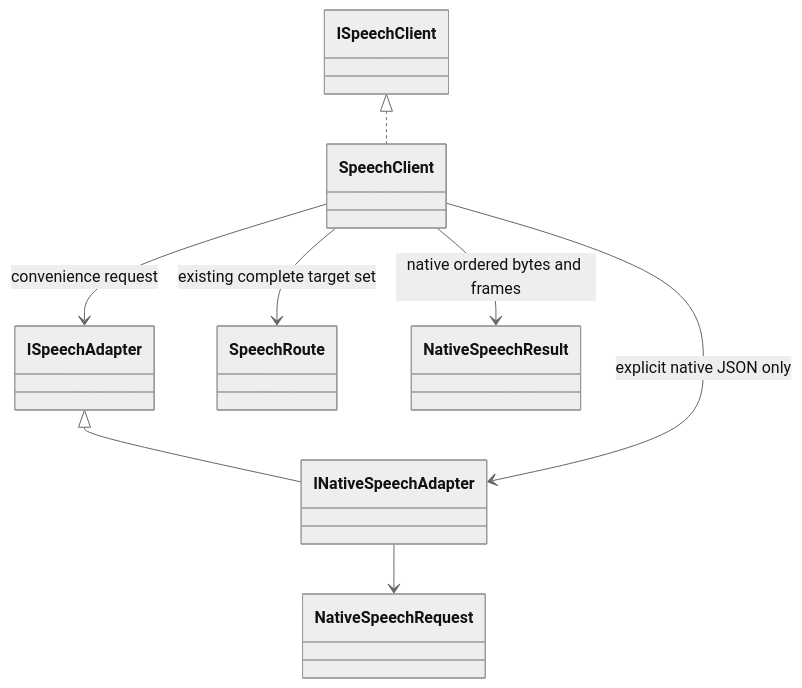
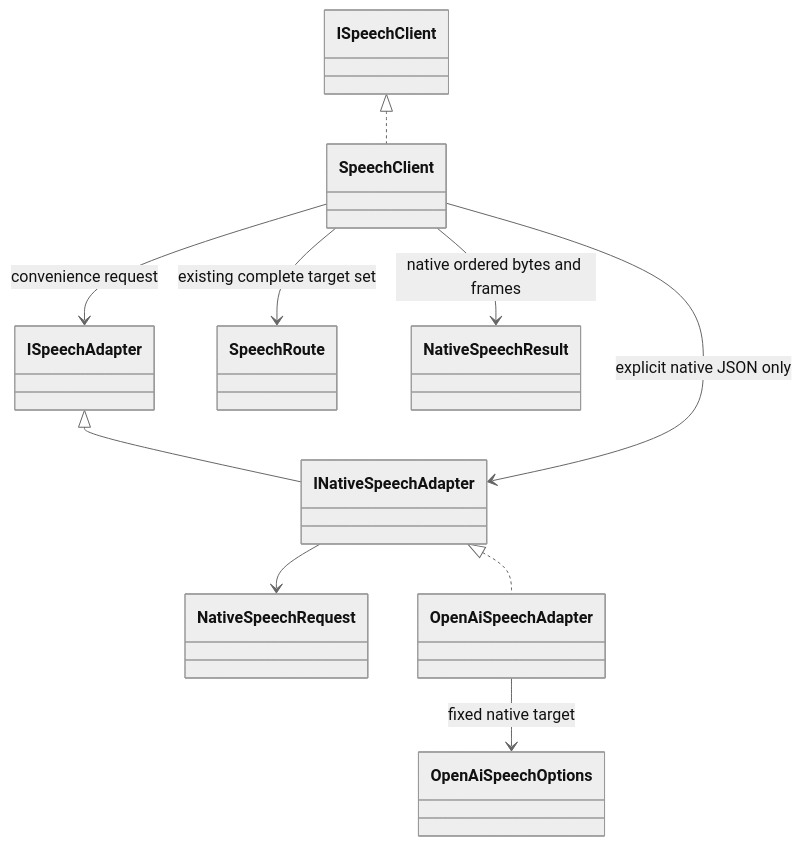
One commit to BenLampson/Asgard.Loki changed diagram 15 of 24 in docs/architecture.md. Above: the diagram before and after it, drawn with Mermaid (neutral theme). The commit also changed other lines of this file and 27 other files, not shown here.

Commit message:
feat(audio): add native OpenAI binary speech transport

````diff
--- a/docs/architecture.md
+++ b/docs/architecture.md
@@ -498,10 +500,12 @@
 ```mermaid
 classDiagram
 ISpeechAdapter <|-- INativeSpeechAdapter
 ISpeechClient <|.. SpeechClient
 SpeechClient --> SpeechRoute : existing complete target set
 SpeechClient --> ISpeechAdapter : convenience request
 SpeechClient --> INativeSpeechAdapter : explicit native JSON only
 INativeSpeechAdapter --> NativeSpeechRequest
+INativeSpeechAdapter <|.. OpenAiSpeechAdapter
+OpenAiSpeechAdapter --> OpenAiSpeechOptions : fixed native target
 SpeechClient --> NativeSpeechResult : native ordered bytes and frames
 ```
````
